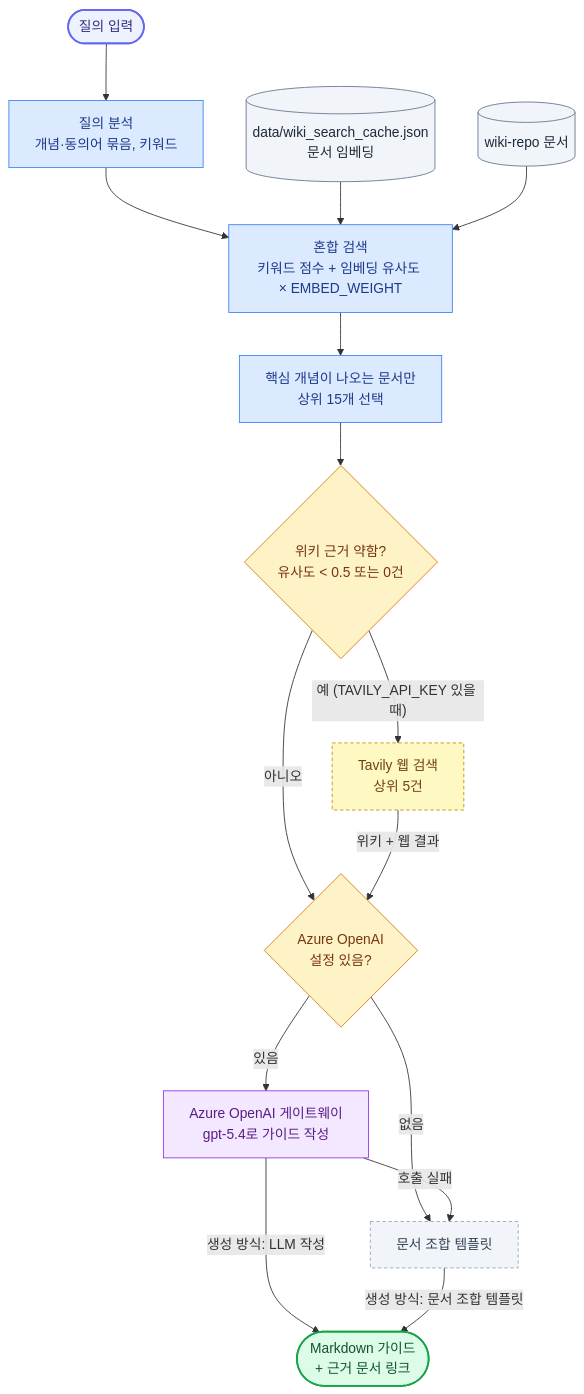
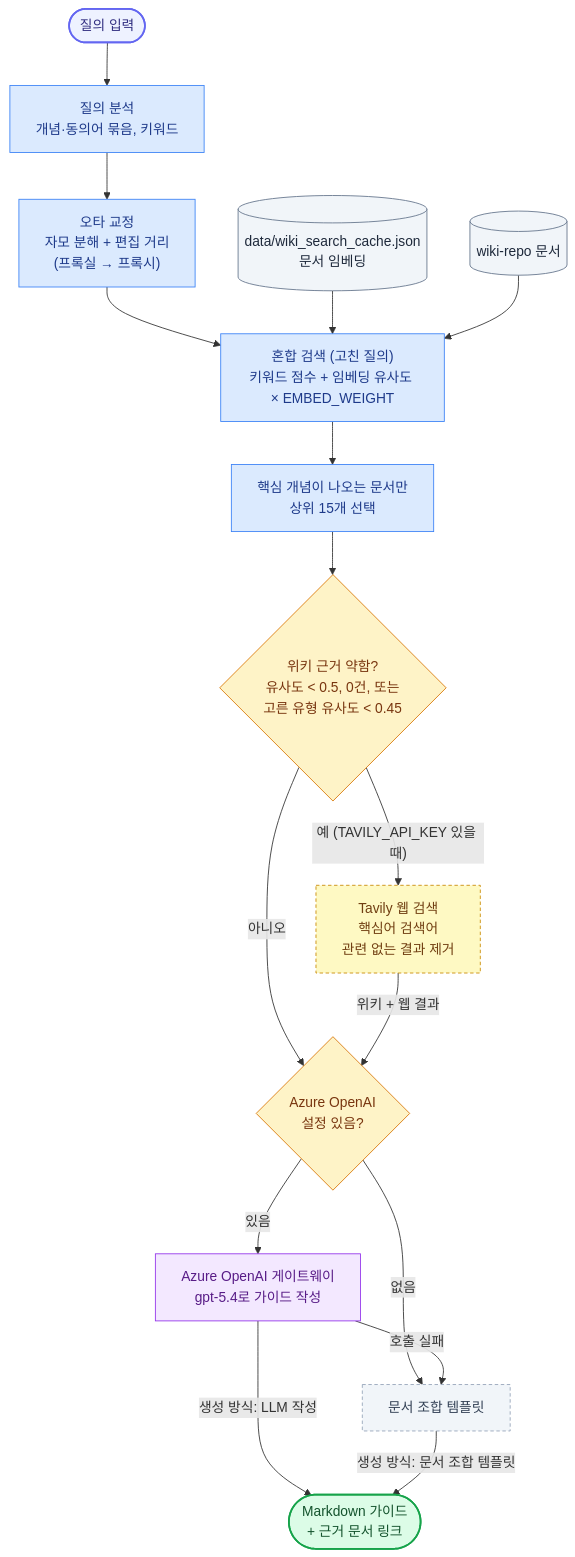
Before and after one commit to pcmola/ai-master: the fourth of 7 diagrams in README.md, drawn with Mermaid. The commit also changed other lines of this file and 3 other files, not shown here.

````diff
--- a/README.md
+++ b/README.md
@@ -233,35 +239,36 @@
 ```mermaid
 flowchart TD
     q(["질의 입력"]) --> analyze["질의 분석<br/>개념·동의어 묶음, 키워드"]
-    analyze --> rank["혼합 검색<br/>키워드 점수 + 임베딩 유사도 × EMBED_WEIGHT"]
+    analyze --> typo["오타 교정<br/>자모 분해 + 편집 거리<br/>(프록실 → 프록시)"]
+    typo --> rank["혼합 검색 (고친 질의)<br/>키워드 점수 + 임베딩 유사도 × EMBED_WEIGHT"]
     cache[("data/wiki_search_cache.json<br/>문서 임베딩")] --> rank
     repo[("wiki-repo 문서")] --> rank
     rank --> filter["핵심 개념이 나오는 문서만<br/>상위 15개 선택"]
-    filter --> weak{"위키 근거 약함?<br/>유사도 &lt; 0.5 또는 0건"}
-    weak -- "예 (TAVILY_API_KEY 있을 때)" --> web["Tavily 웹 검색<br/>상위 5건"]
+    filter --> weak{"위키 근거 약함?<br/>유사도 &lt; 0.5, 0건, 또는<br/>고른 유형 유사도 &lt; 0.45"}
+    weak -- "예 (TAVILY_API_KEY 있을 때)" --> web["Tavily 웹 검색<br/>핵심어 검색어<br/>관련 없는 결과 제거"]
     weak -- "아니오" --> llm{"Azure OpenAI<br/>설정 있음?"}
     web -- "위키 + 웹 결과" --> llm
     llm -- "있음" --> openai["Azure OpenAI 게이트웨이<br/>gpt-5.4로 가이드 작성"]
     llm -- "없음" --> tpl["문서 조합 템플릿"]
     openai -- "호출 실패" --> tpl
     openai -- "생성 방식: LLM 작성" --> out(["Markdown 가이드<br/>+ 근거 문서 링크"])
     tpl -- "생성 방식: 문서 조합 템플릿" --> out
 
     classDef io fill:#EEF2FF,stroke:#6366F1,stroke-width:2px,color:#312E81
     classDef step fill:#DBEAFE,stroke:#3B82F6,color:#1E3A8A
     classDef store fill:#F1F5F9,stroke:#64748B,color:#1E293B
     classDef decide fill:#FEF3C7,stroke:#D97706,color:#78350F
     classDef llm fill:#F3E8FF,stroke:#9333EA,color:#581C87
     classDef webq fill:#FEF9C3,stroke:#CA8A04,stroke-dasharray:4 3,color:#713F12
     classDef fallback fill:#F1F5F9,stroke:#94A3B8,stroke-dasharray:4 3,color:#334155
     classDef done fill:#DCFCE7,stroke:#16A34A,stroke-width:2px,color:#14532D
     class q io
-    class analyze,rank,filter step
+    class analyze,typo,rank,filter step
     class cache,repo store
     class weak decide
     class web webq
     class llm decide
     class openai llm
     class tpl fallback
     class out done
 ```
````
